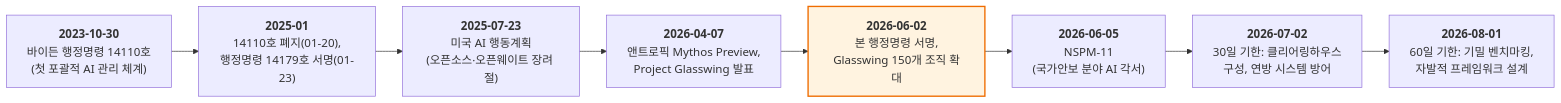
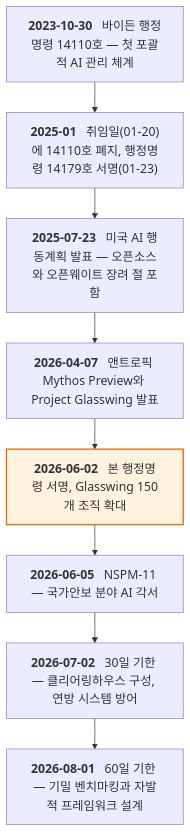
One commit to haksungjang/haksungjang.github.io changed the first of 2 diagrams in content/en/research/2026-us-ai-eo-ospo/_index.md. Above: the diagram before and after it, drawn with Mermaid. The commit also changed other lines of this file, not shown here.

Commit message:
research: 미국 AI 행정명령 글 합쇼체 전환, 도식 세로 재구성, 용어 풀이 보강

````diff
--- a/content/en/research/2026-us-ai-eo-ospo/_index.md
+++ b/content/en/research/2026-us-ai-eo-ospo/_index.md
@@ -41,12 +42,14 @@
 ```mermaid
-%%{init: {'theme':'default', 'themeVariables': {'fontSize':'17px'}, 'flowchart': {'nodeSpacing': 30, 'rankSpacing': 40}} }%%
-flowchart LR
-    A["<b>2023-10-30</b><br/>바이든 행정명령 14110호<br/>(첫 포괄적 AI 관리 체계)"] --> B["<b>2025-01</b><br/>14110호 폐지(01-20),<br/>행정명령 14179호 서명(01-23)"]
-    B --> C["<b>2025-07-23</b><br/>미국 AI 행동계획<br/>(오픈소스·오픈웨이트 장려 절)"]
-    C --> D["<b>2026-04-07</b><br/>앤트로픽 Mythos Preview,<br/>Project Glasswing 발표"]
-    D --> E["<b>2026-06-02</b><br/>본 행정명령 서명,<br/>Glasswing 150개 조직 확대"]
-    E --> F["<b>2026-06-05</b><br/>NSPM-11<br/>(국가안보 분야 AI 각서)"]
-    F --> G["<b>2026-07-02</b><br/>30일 기한: 클리어링하우스<br/>구성, 연방 시스템 방어"]
-    G --> H["<b>2026-08-01</b><br/>60일 기한: 기밀 벤치마킹,<br/>자발적 프레임워크 설계"]
+%%{init: {'theme':'default', 'themeVariables': {'fontSize':'18px'}, 'flowchart': {'nodeSpacing': 40, 'rankSpacing': 45}} }%%
+flowchart TD
+    A["<b>2023-10-30</b> &nbsp; 바이든 행정명령 14110호 — 첫 포괄적 AI 관리 체계"]
+    B["<b>2025-01</b> &nbsp; 취임일(01-20)에 14110호 폐지, 행정명령 14179호 서명(01-23)"]
+    C["<b>2025-07-23</b> &nbsp; 미국 AI 행동계획 발표 — 오픈소스와 오픈웨이트 장려 절 포함"]
+    D["<b>2026-04-07</b> &nbsp; 앤트로픽 Mythos Preview와 Project Glasswing 발표"]
+    E["<b>2026-06-02</b> &nbsp; 본 행정명령 서명, Glasswing 150개 조직 확대"]
+    F["<b>2026-06-05</b> &nbsp; NSPM-11 — 국가안보 분야 AI 각서"]
+    G["<b>2026-07-02</b> &nbsp; 30일 기한 — 클리어링하우스 구성, 연방 시스템 방어"]
+    H["<b>2026-08-01</b> &nbsp; 60일 기한 — 기밀 벤치마킹과 자발적 프레임워크 설계"]
+    A --> B --> C --> D --> E --> F --> G --> H
     style E fill:#fff3e0,stroke:#ef6c00,stroke-width:2px
 ```
````
